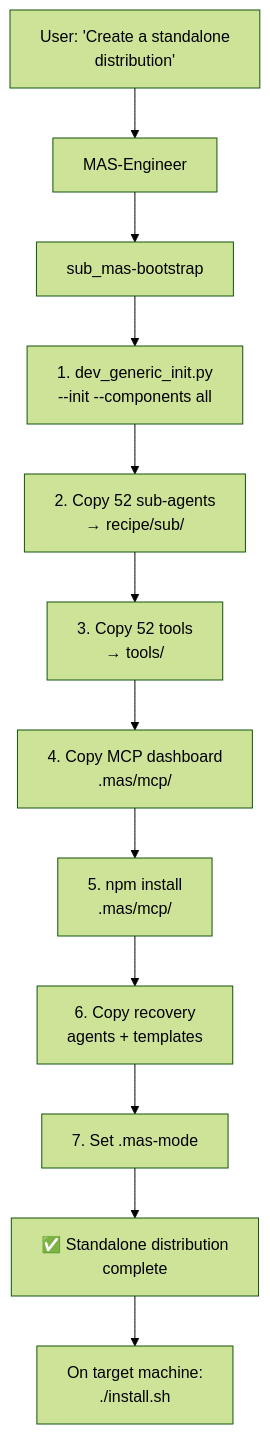
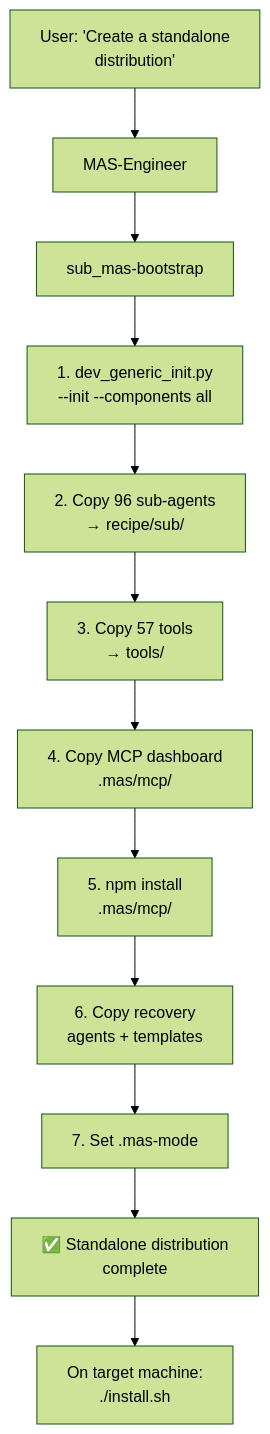
Before and after one commit to mczardybon/mas-engineer: the third of 4 diagrams in docs/usage.md, drawn with Mermaid (forest theme). The commit also changed other lines of this file and 14 other files, not shown here.

````diff
--- a/docs/usage.md
+++ b/docs/usage.md
@@ -187,14 +187,14 @@
 ```mermaid
 flowchart TD
     USER["User: 'Create a standalone\ndistribution'"] --> ENGINEER["MAS-Engineer"]
     ENGINEER --> BOOTSTRAP["sub_mas-bootstrap"]
     BOOTSTRAP --> GEN["1. dev_generic_init.py\n--init --components all"]
-    GEN --> AGENTS["2. Copy 52 sub-agents\n→ recipe/sub/"]
-    AGENTS --> TOOLS["3. Copy 52 tools\n→ tools/"]
+    GEN --> AGENTS["2. Copy 96 sub-agents\n→ recipe/sub/"]
+    AGENTS --> TOOLS["3. Copy 57 tools\n→ tools/"]
     TOOLS --> MCP["4. Copy MCP dashboard\n.mas/mcp/"]
     MCP --> NPM["5. npm install\n.mas/mcp/"]
     NPM --> RECOVERY["6. Copy recovery\nagents + templates"]
     RECOVERY --> MODE["7. Set .mas-mode"]
     MODE --> DONE["✅ Standalone distribution\ncomplete"]
     DONE --> INSTALL["On target machine:\n./install.sh"]
 ```
````
